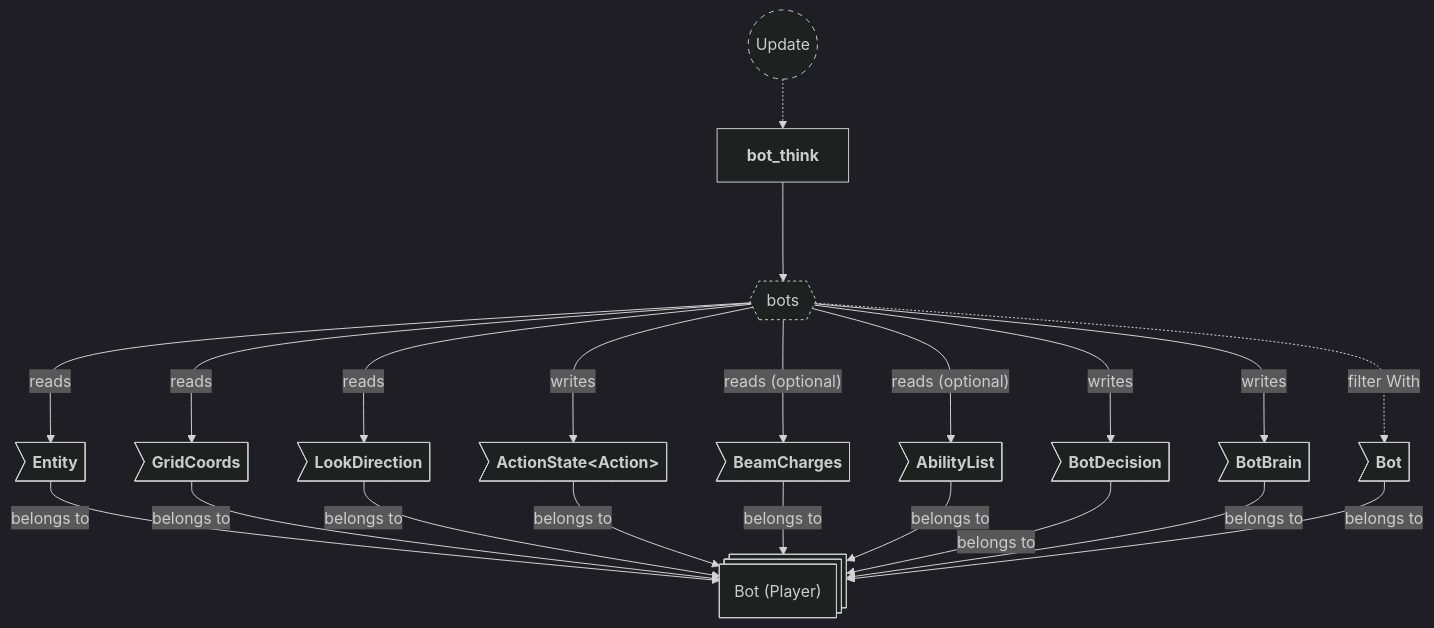
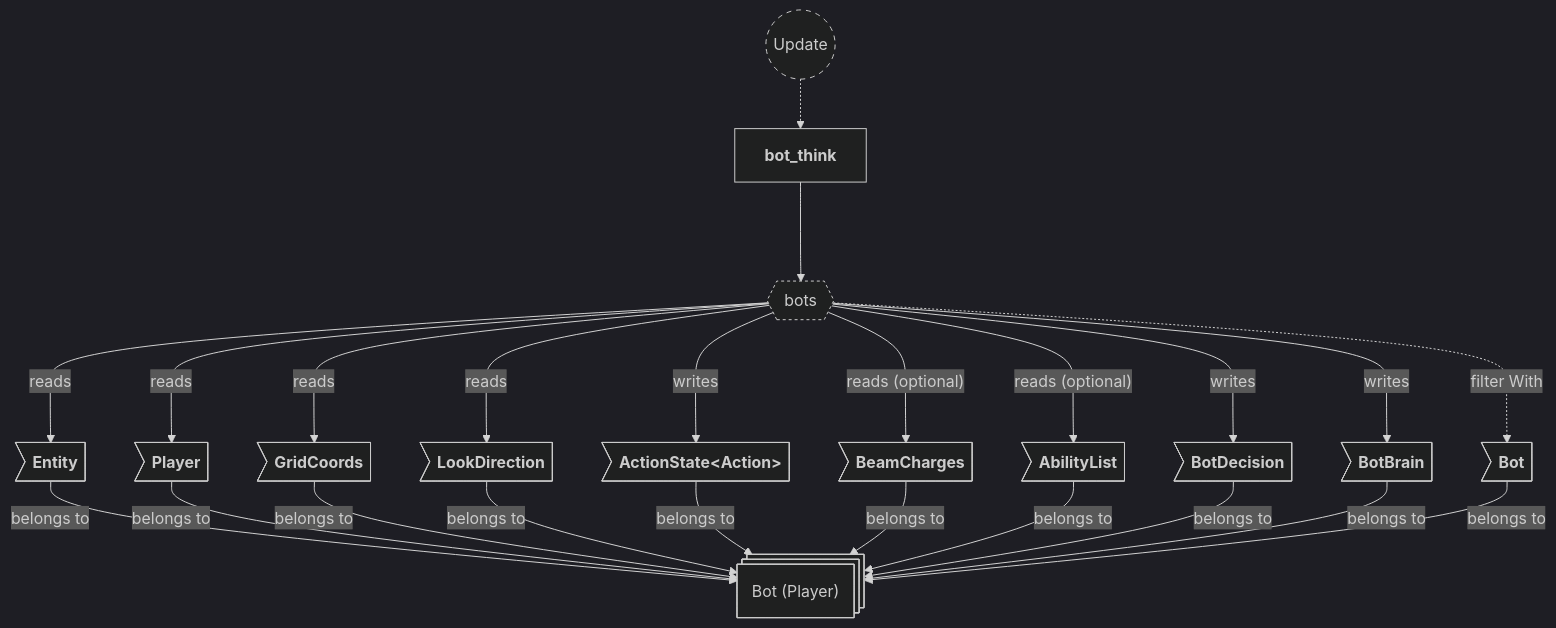
One commit to neurosoup/tyled changed the third of 9 diagrams in backlog/docs/doc-20 - 018-Bot-plugin.md. Above: the diagram before and after it, drawn with Mermaid. The commit also changed other lines of this file and 13 other files, not shown here.

````diff
--- a/backlog/docs/doc-20 - 018-Bot-plugin.md
+++ b/backlog/docs/doc-20 - 018-Bot-plugin.md
@@ -126,40 +153,42 @@
 ```mermaid
 ---
 config:
   theme: dark
 ---
 
 flowchart TD
 classDef system-group stroke-dasharray: 5 5
 classDef query stroke-dasharray: 3 3
 
 update(("`Update`")):::system-group
 bot_think["`**bot_think**`"]
 
 update -.-> bot_think
 
 bots_query{{"`bots`"}}:::query
 bot_think ---> bots_query
 
 bot_entity@{ shape: st-rect, label: "Bot (Player)" }
 
 be_entity>"`**Entity**`"] --> |belongs to| bot_entity
+be_player>"`**Player**`"] --> |belongs to| bot_entity
 be_grid_coords>"`**GridCoords**`"] --> |belongs to| bot_entity
 be_look_direction>"`**LookDirection**`"] --> |belongs to| bot_entity
 be_action_state>"`**ActionState#60;Action#62;**`"] --> |belongs to| bot_entity
 be_beam_charges>"`**BeamCharges**`"] --> |belongs to| bot_entity
 be_ability_list>"`**AbilityList**`"] --> |belongs to| bot_entity
 be_decision>"`**BotDecision**`"] --> |belongs to| bot_entity
 be_brain>"`**BotBrain**`"] --> |belongs to| bot_entity
 be_bot>"`**Bot**`"] --> |belongs to| bot_entity
 
 bots_query ---> |reads| be_entity
+bots_query ---> |reads| be_player
 bots_query ---> |reads| be_grid_coords
 bots_query ---> |reads| be_look_direction
 bots_query ---> |writes| be_action_state
 bots_query ---> |"reads (optional)"| be_beam_charges
 bots_query ---> |"reads (optional)"| be_ability_list
 bots_query ---> |writes| be_decision
 bots_query ---> |writes| be_brain
 bots_query -..-> |filter With| be_bot
 ```
````
